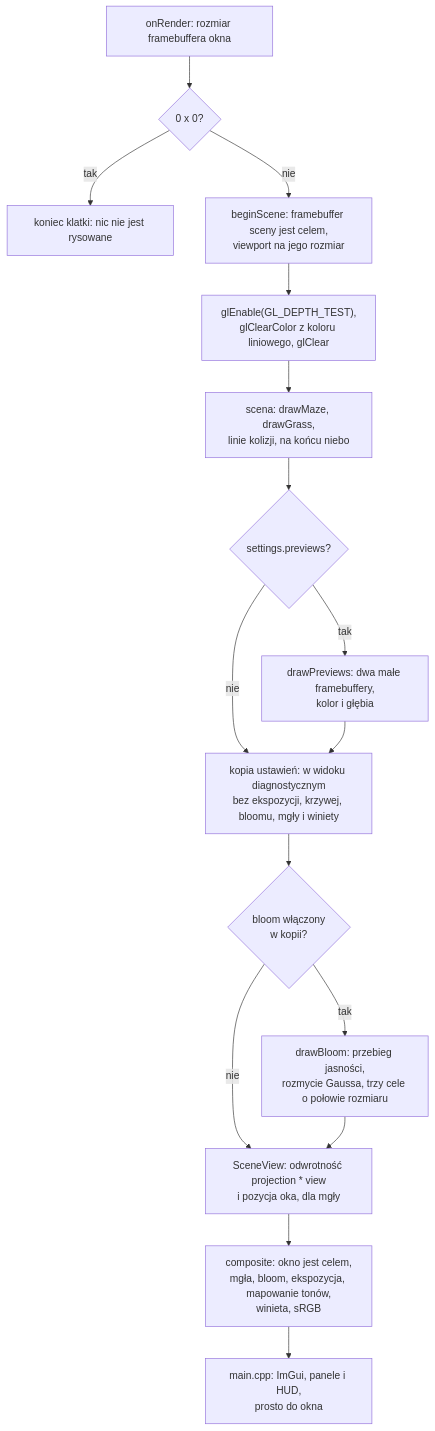
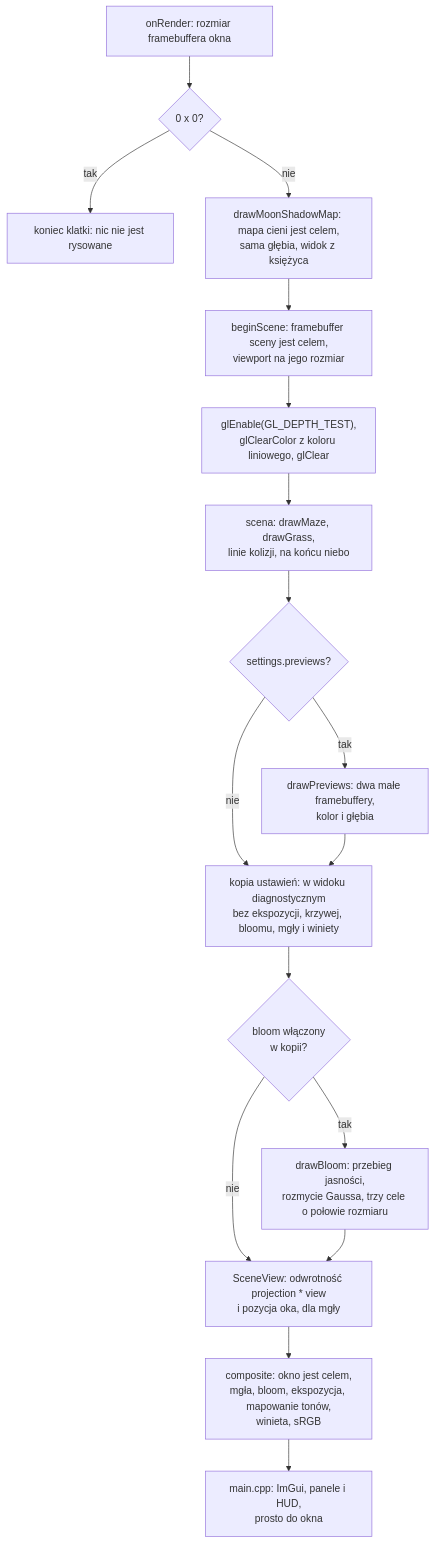
Before and after one commit to Shironex/night-maze: the second of 4 diagrams in docs/modules/renderer/post-process.md, drawn with Mermaid. The commit also changed other lines of this file and 90 other files, not shown here.

Commit message:
feat(game): cast moon shadows with a shadow map, pcf and bias

````diff
--- a/docs/modules/renderer/post-process.md
+++ b/docs/modules/renderer/post-process.md
@@ -264,18 +268,19 @@
 ```mermaid
 flowchart TD
     A["onRender: rozmiar framebuffera okna"] --> B{"0 x 0?"}
     B -->|tak| Z["koniec klatki: nic nie jest rysowane"]
-    B -->|nie| C["beginScene: framebuffer sceny jest celem,<br/>viewport na jego rozmiar"]
+    B -->|nie| S["drawMoonShadowMap: mapa cieni jest celem,<br/>sama głębia, widok z księżyca"]
+    S --> C["beginScene: framebuffer sceny jest celem,<br/>viewport na jego rozmiar"]
     C --> D["glEnable(GL_DEPTH_TEST),<br/>glClearColor z koloru liniowego, glClear"]
     D --> E["scena: drawMaze, drawGrass,<br/>linie kolizji, na końcu niebo"]
     E --> F{"settings.previews?"}
     F -->|tak| G["drawPreviews: dwa małe framebuffery,<br/>kolor i głębia"]
     F -->|nie| K
     G --> K["kopia ustawień: w widoku diagnostycznym<br/>bez ekspozycji, krzywej, bloomu, mgły i winiety"]
     K --> L{"bloom włączony<br/>w kopii?"}
     L -->|tak| M["drawBloom: przebieg jasności,<br/>rozmycie Gaussa, trzy cele o połowie rozmiaru"]
     L -->|nie| V
     M --> V["SceneView: odwrotność projection * view<br/>i pozycja oka, dla mgły"]
     V --> H["composite: okno jest celem,<br/>mgła, bloom, ekspozycja, mapowanie tonów,<br/>winieta, sRGB"]
     H --> I["main.cpp: ImGui, panele i HUD,<br/>prosto do okna"]
 ```
````
